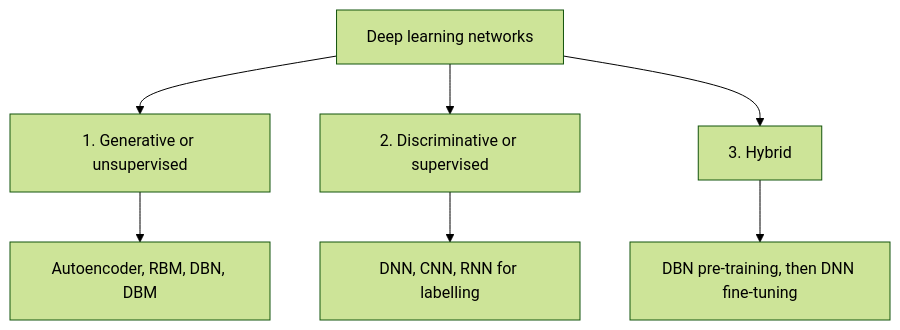
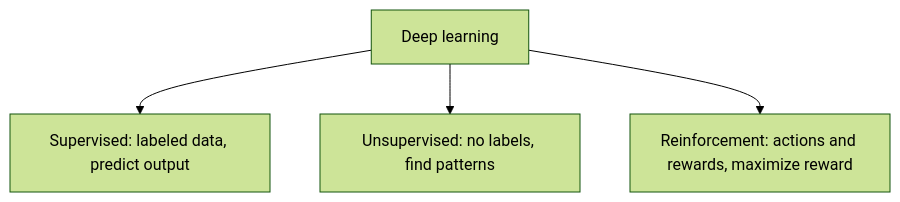
The diagram in content/deep-learning/pyq/2024-05/q2a.mdx (TrendySloth1001/sem-seven-notes), drawn with Mermaid (forest theme) before and after one commit. The commit also changed other lines of this file and 168 other files, not shown here.

````diff
--- a/content/deep-learning/pyq/2024-05/q2a.mdx
+++ b/content/deep-learning/pyq/2024-05/q2a.mdx
@@ -9,10 +7,7 @@
 ```mermaid
-%% caption: The three classes of deep learning networks, with typical examples.
+%% caption: The three classes of deep learning and the one-line idea of each.
 flowchart TD
-  DL["Deep learning networks"] --> G["1. Generative or unsupervised"]
-  DL --> S["2. Discriminative or supervised"]
-  DL --> H["3. Hybrid"]
-  G --> G1["Autoencoder, RBM, DBN, DBM"]
-  S --> S1["DNN, CNN, RNN for labelling"]
-  H --> H1["DBN pre-training, then DNN fine-tuning"]
+  A["Deep learning"] --> B["Supervised: labeled data, predict output"]
+  A --> C["Unsupervised: no labels, find patterns"]
+  A --> D["Reinforcement: actions and rewards, maximize reward"]
 ```
````
